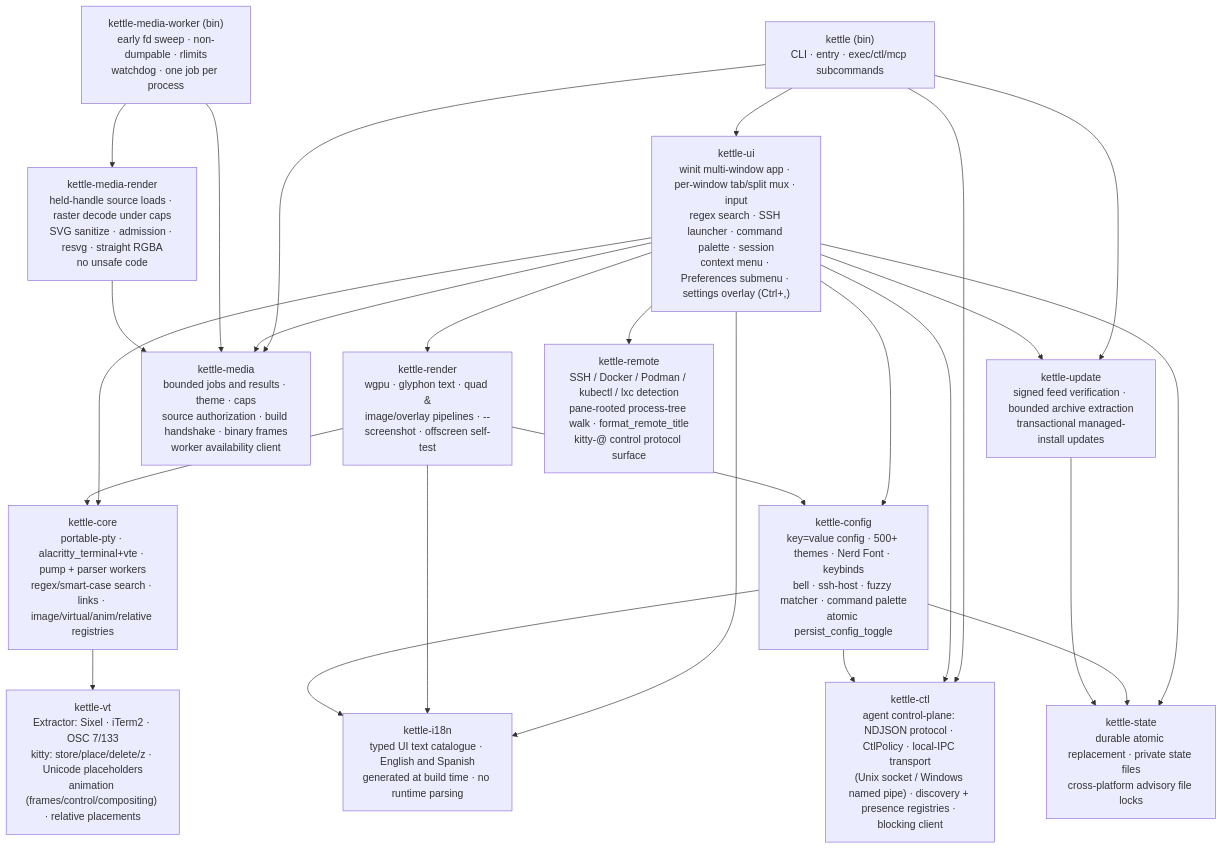
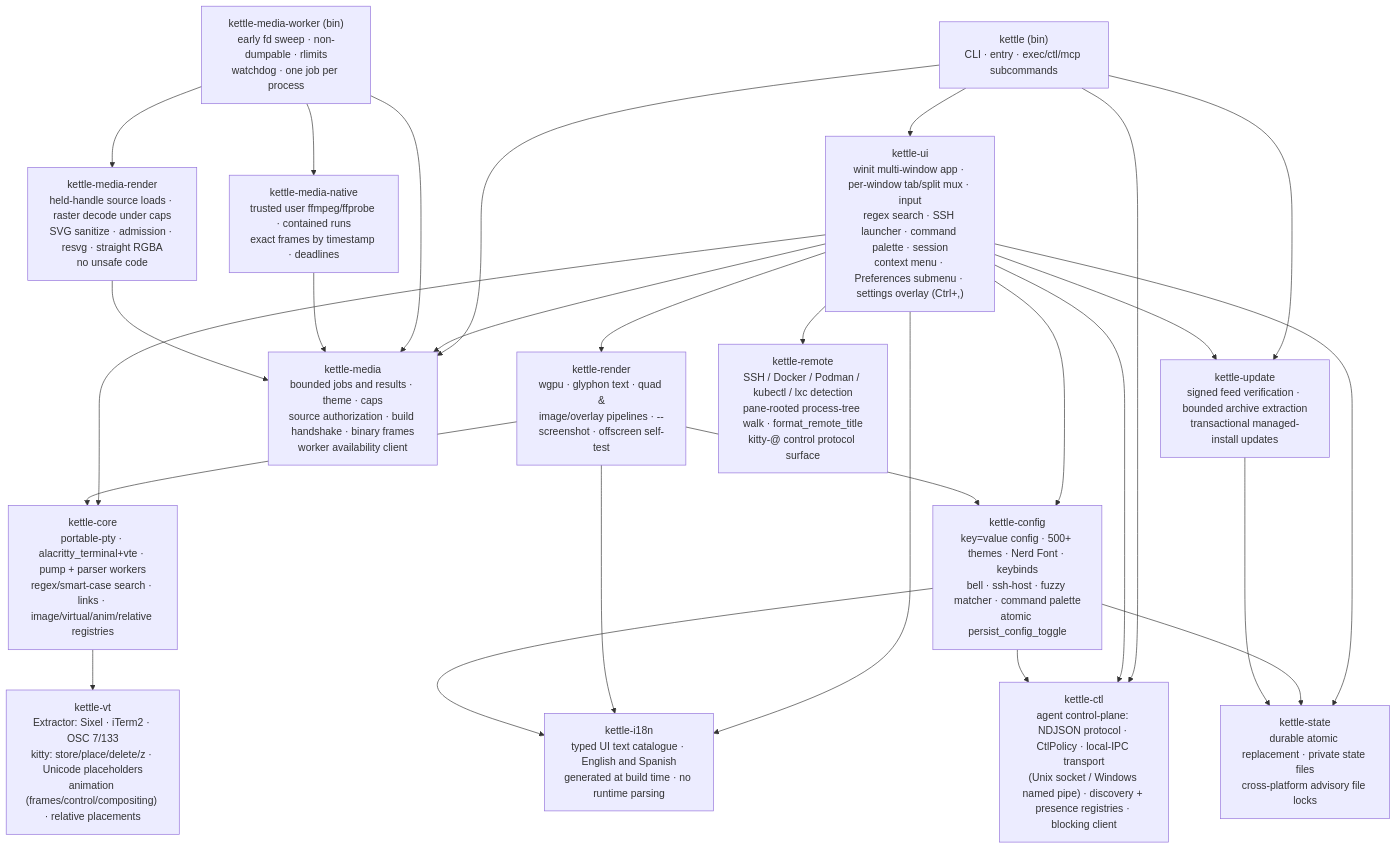
The first of 11 diagrams in docs/ARCHITECTURE.md (Reddimus/kettle), drawn with Mermaid before and after one commit. The commit also changed other lines of this file and 68 other files, not shown here.

First line of the commit message:
kettle: Read video frames for a model (#526)

````diff
--- a/docs/ARCHITECTURE.md
+++ b/docs/ARCHITECTURE.md
@@ -10,33 +10,35 @@
 ```mermaid
 graph TD
     bin["kettle (bin)<br/>CLI · entry · exec/ctl/mcp subcommands"] --> ui
     bin --> ctl
     bin --> update
     bin --> media
     ui["kettle-ui<br/>winit multi-window app · per-window tab/split mux · input<br/>regex search · SSH launcher · command palette · session<br/>context menu · Preferences submenu · settings overlay (Ctrl+,)"] --> render
     ui --> core
     ui --> cfg
     ui --> remote
     ui --> ctl
     ui --> state
     ui --> update
     ui --> i18n
     ui --> media
     i18n["kettle-i18n<br/>typed UI text catalogue · English and Spanish<br/>generated at build time · no runtime parsing"]
     ctl["kettle-ctl<br/>agent control-plane: NDJSON protocol · CtlPolicy · local-IPC transport<br/>(Unix socket / Windows named pipe) · discovery + presence registries · blocking client"]
     render["kettle-render<br/>wgpu · glyphon text · quad &<br/>image/overlay pipelines · --screenshot · offscreen self-test"] --> core
     render --> cfg
     render --> i18n
     core["kettle-core<br/>portable-pty · alacritty_terminal+vte · pump + parser workers<br/>regex/smart-case search · links · image/virtual/anim/relative registries"] --> vt
     cfg --> i18n
     cfg --> ctl
     cfg["kettle-config<br/>key=value config · 500+ themes · Nerd Font · keybinds<br/>bell · ssh-host · fuzzy matcher · command palette<br/>atomic persist_config_toggle"] --> state
     vt["kettle-vt<br/>Extractor: Sixel · iTerm2 · OSC 7/133<br/>kitty: store/place/delete/z · Unicode placeholders<br/>animation (frames/control/compositing) · relative placements"]
     remote["kettle-remote<br/>SSH / Docker / Podman / kubectl / lxc detection<br/>pane-rooted process-tree walk · format_remote_title<br/>kitty-@ control protocol surface"]
     update["kettle-update<br/>signed feed verification · bounded archive extraction<br/>transactional managed-install updates"] --> state
     state["kettle-state<br/>durable atomic replacement · private state files<br/>cross-platform advisory file locks"]
     media["kettle-media<br/>bounded jobs and results · theme · caps<br/>source authorization · build handshake · binary frames<br/>worker availability client"]
     worker["kettle-media-worker (bin)<br/>early fd sweep · non-dumpable · rlimits<br/>watchdog · one job per process"] --> media
     worker --> mrender
+    worker --> mnative
+    mnative["kettle-media-native<br/>trusted user ffmpeg/ffprobe · contained runs<br/>exact frames by timestamp · deadlines"] --> media
     mrender["kettle-media-render<br/>held-handle source loads · raster decode under caps<br/>SVG sanitize · admission · resvg · straight RGBA<br/>no unsafe code"] --> media
 ```
````
